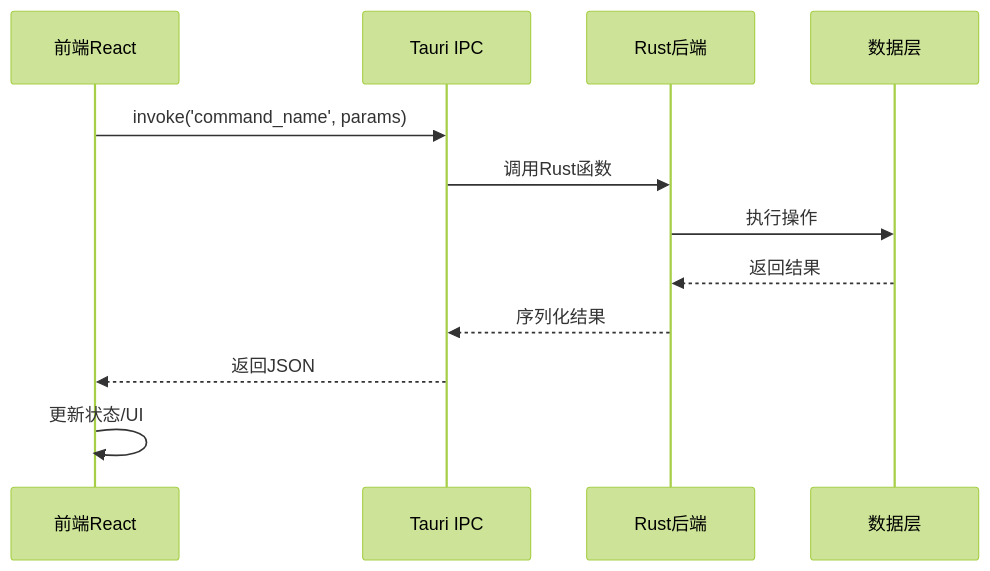
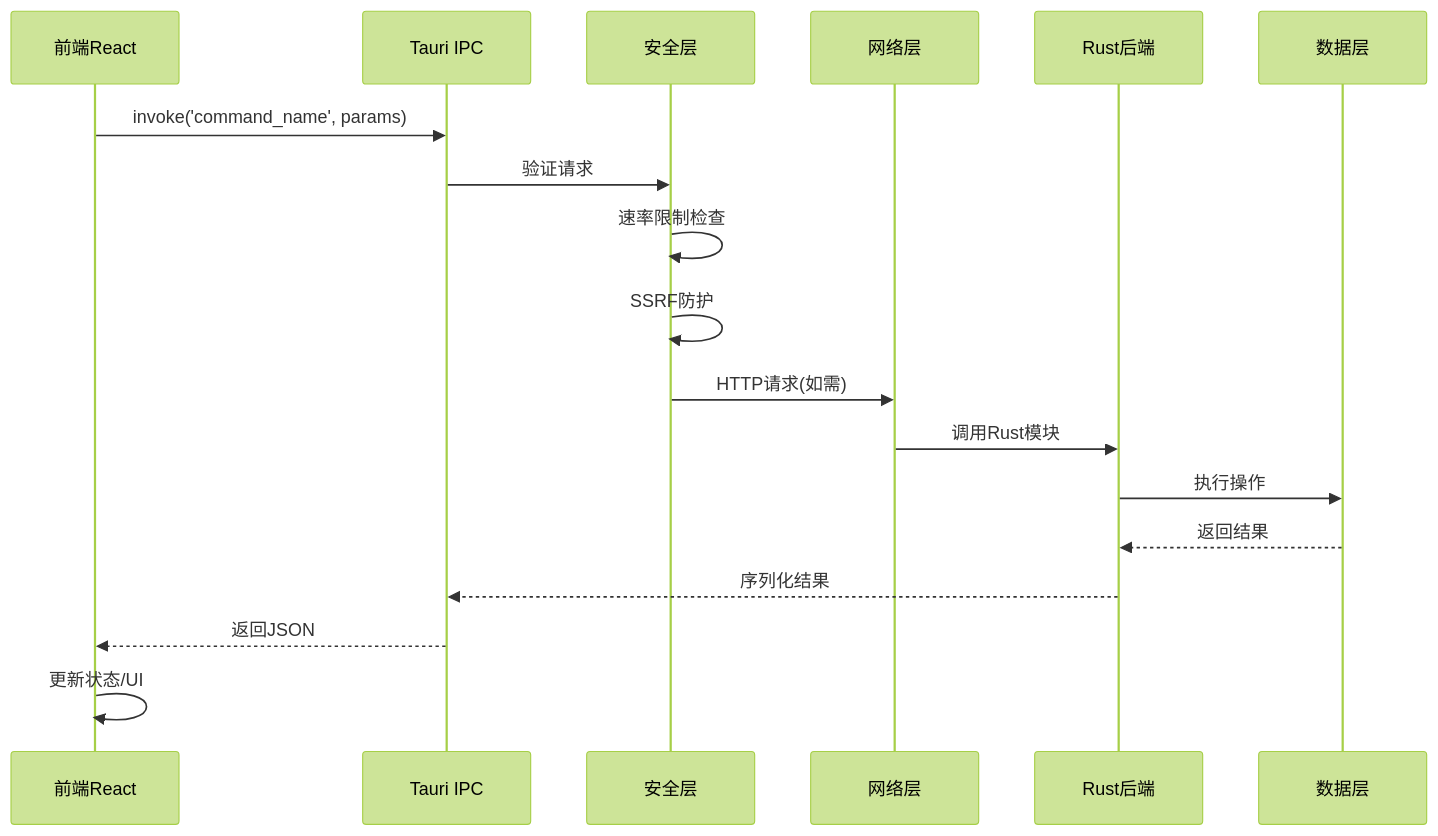
Before and after one commit to AstroAir/skymap-test: the fifth of 10 diagrams in docs/developer-guide/architecture/overview.md, drawn with Mermaid (forest theme). The commit also changed other lines of this file and 148 other files, not shown here.

````diff
--- a/docs/developer-guide/architecture/overview.md
+++ b/docs/developer-guide/architecture/overview.md
@@ -252,15 +341,21 @@
 ```mermaid
 sequenceDiagram
     participant F as 前端React
     participant I as Tauri IPC
+    participant S as 安全层
+    participant N as 网络层
     participant B as Rust后端
     participant D as 数据层
 
     F->>I: invoke('command_name', params)
-    I->>B: 调用Rust函数
+    I->>S: 验证请求
+    S->>S: 速率限制检查
+    S->>S: SSRF防护
+    S->>N: HTTP请求(如需)
+    N->>B: 调用Rust模块
     B->>D: 执行操作
     D-->>B: 返回结果
     B-->>I: 序列化结果
     I-->>F: 返回JSON
     F->>F: 更新状态/UI
 ```
````
